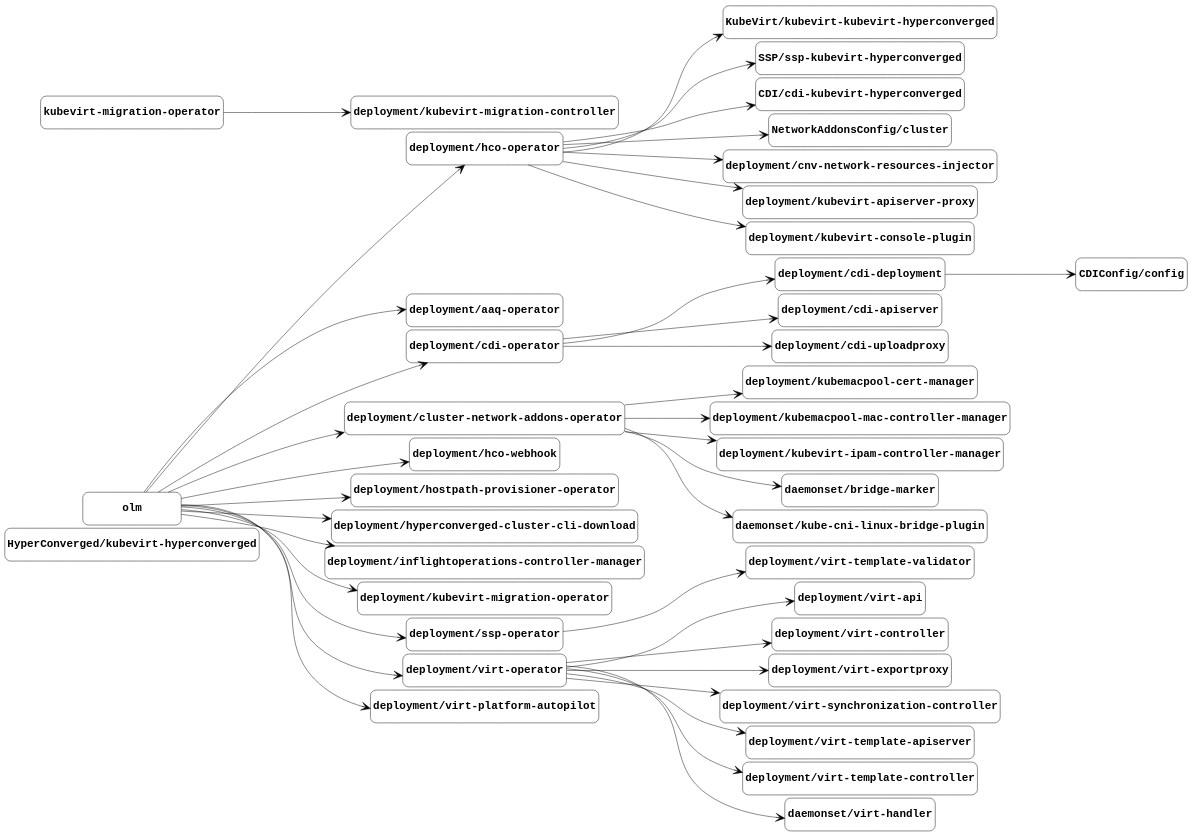
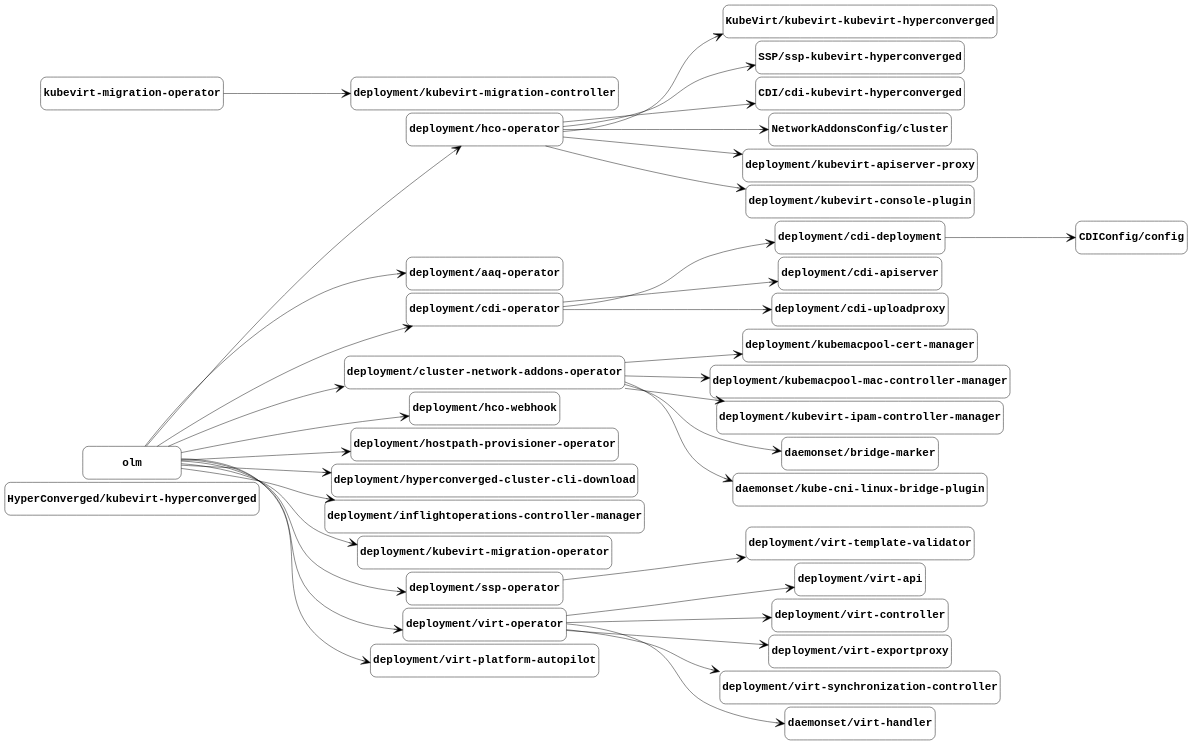
The diagram in docs/managed-by.gv (kubevirt/hyperconverged-cluster-operator), drawn with Graphviz before and after one commit. The commit also changed 3 other files, not shown here.

Commit message:
Update component graphs from the nightly job (#4395)

```diff
--- a/docs/managed-by.gv
+++ b/docs/managed-by.gv
@@ -1,117 +1,108 @@
 digraph "managed-by" {
 	graph [center=true margin=0.2 nodesep=0.1 rankdir=LR ranksep=2]
 	node [fontname="Courier-Bold" fontsize=24 height=1 shape=box style=rounded width=3]
 	edge [arrowhead=vee arrowsize=2]
 	"HyperConverged/kubevirt-hyperconverged" [label="HyperConverged/kubevirt-hyperconverged"]
 	"KubeVirt/kubevirt-kubevirt-hyperconverged" [label="KubeVirt/kubevirt-kubevirt-hyperconverged"]
 	"deployment/hco-operator" [label="deployment/hco-operator"]
 	"deployment/hco-operator" -> "KubeVirt/kubevirt-kubevirt-hyperconverged"
 	"SSP/ssp-kubevirt-hyperconverged" [label="SSP/ssp-kubevirt-hyperconverged"]
 	"deployment/hco-operator" [label="deployment/hco-operator"]
 	"deployment/hco-operator" -> "SSP/ssp-kubevirt-hyperconverged"
 	"CDI/cdi-kubevirt-hyperconverged" [label="CDI/cdi-kubevirt-hyperconverged"]
 	"deployment/hco-operator" [label="deployment/hco-operator"]
 	"deployment/hco-operator" -> "CDI/cdi-kubevirt-hyperconverged"
 	"CDIConfig/config" [label="CDIConfig/config"]
 	"deployment/cdi-deployment" [label="deployment/cdi-deployment"]
 	"deployment/cdi-deployment" -> "CDIConfig/config"
 	"NetworkAddonsConfig/cluster" [label="NetworkAddonsConfig/cluster"]
 	"deployment/hco-operator" [label="deployment/hco-operator"]
 	"deployment/hco-operator" -> "NetworkAddonsConfig/cluster"
 	"deployment/aaq-operator" [label="deployment/aaq-operator"]
 	olm [label=olm]
 	olm -> "deployment/aaq-operator"
 	"deployment/cdi-apiserver" [label="deployment/cdi-apiserver"]
 	"deployment/cdi-operator" [label="deployment/cdi-operator"]
 	"deployment/cdi-operator" -> "deployment/cdi-apiserver"
 	"deployment/cdi-deployment" [label="deployment/cdi-deployment"]
 	"deployment/cdi-operator" [label="deployment/cdi-operator"]
 	"deployment/cdi-operator" -> "deployment/cdi-deployment"
 	"deployment/cdi-operator" [label="deployment/cdi-operator"]
 	olm [label=olm]
 	olm -> "deployment/cdi-operator"
 	"deployment/cdi-uploadproxy" [label="deployment/cdi-uploadproxy"]
 	"deployment/cdi-operator" [label="deployment/cdi-operator"]
 	"deployment/cdi-operator" -> "deployment/cdi-uploadproxy"
 	"deployment/cluster-network-addons-operator" [label="deployment/cluster-network-addons-operator"]
 	olm [label=olm]
 	olm -> "deployment/cluster-network-addons-operator"
-	"deployment/cnv-network-resources-injector" [label="deployment/cnv-network-resources-injector"]
-	"deployment/hco-operator" [label="deployment/hco-operator"]
-	"deployment/hco-operator" -> "deployment/cnv-network-resources-injector"
 	"deployment/hco-operator" [label="deployment/hco-operator"]
 	olm [label=olm]
 	olm -> "deployment/hco-operator"
 	"deployment/hco-webhook" [label="deployment/hco-webhook"]
 	olm [label=olm]
 	olm -> "deployment/hco-webhook"
 	"deployment/hostpath-provisioner-operator" [label="deployment/hostpath-provisioner-operator"]
 	olm [label=olm]
 	olm -> "deployment/hostpath-provisioner-operator"
 	"deployment/hyperconverged-cluster-cli-download" [label="deployment/hyperconverged-cluster-cli-download"]
 	olm [label=olm]
 	olm -> "deployment/hyperconverged-cluster-cli-download"
 	"deployment/inflightoperations-controller-manager" [label="deployment/inflightoperations-controller-manager"]
 	olm [label=olm]
 	olm -> "deployment/inflightoperations-controller-manager"
 	"deployment/kubemacpool-cert-manager" [label="deployment/kubemacpool-cert-manager"]
 	"deployment/cluster-network-addons-operator" [label="deployment/cluster-network-addons-operator"]
 	"deployment/cluster-network-addons-operator" -> "deployment/kubemacpool-cert-manager"
 	"deployment/kubemacpool-mac-controller-manager" [label="deployment/kubemacpool-mac-controller-manager"]
 	"deployment/cluster-network-addons-operator" [label="deployment/cluster-network-addons-operator"]
 	"deployment/cluster-network-addons-operator" -> "deployment/kubemacpool-mac-controller-manager"
 	"deployment/kubevirt-apiserver-proxy" [label="deployment/kubevirt-apiserver-proxy"]
 	"deployment/hco-operator" [label="deployment/hco-operator"]
 	"deployment/hco-operator" -> "deployment/kubevirt-apiserver-proxy"
 	"deployment/kubevirt-console-plugin" [label="deployment/kubevirt-console-plugin"]
 	"deployment/hco-operator" [label="deployment/hco-operator"]
 	"deployment/hco-operator" -> "deployment/kubevirt-console-plugin"
 	"deployment/kubevirt-ipam-controller-manager" [label="deployment/kubevirt-ipam-controller-manager"]
 	"deployment/cluster-network-addons-operator" [label="deployment/cluster-network-addons-operator"]
 	"deployment/cluster-network-addons-operator" -> "deployment/kubevirt-ipam-controller-manager"
 	"deployment/kubevirt-migration-controller" [label="deployment/kubevirt-migration-controller"]
 	"kubevirt-migration-operator" [label="kubevirt-migration-operator"]
 	"kubevirt-migration-operator" -> "deployment/kubevirt-migration-controller"
 	"deployment/kubevirt-migration-operator" [label="deployment/kubevirt-migration-operator"]
 	olm [label=olm]
 	olm -> "deployment/kubevirt-migration-operator"
 	"deployment/ssp-operator" [label="deployment/ssp-operator"]
 	olm [label=olm]
 	olm -> "deployment/ssp-operator"
 	"deployment/virt-api" [label="deployment/virt-api"]
 	"deployment/virt-operator" [label="deployment/virt-operator"]
 	"deployment/virt-operator" -> "deployment/virt-api"
 	"deployment/virt-controller" [label="deployment/virt-controller"]
 	"deployment/virt-operator" [label="deployment/virt-operator"]
 	"deployment/virt-operator" -> "deployment/virt-controller"
 	"deployment/virt-exportproxy" [label="deployment/virt-exportproxy"]
 	"deployment/virt-operator" [label="deployment/virt-operator"]
 	"deployment/virt-operator" -> "deployment/virt-exportproxy"
 	"deployment/virt-operator" [label="deployment/virt-operator"]
 	olm [label=olm]
 	olm -> "deployment/virt-operator"
 	"deployment/virt-platform-autopilot" [label="deployment/virt-platform-autopilot"]
 	olm [label=olm]
 	olm -> "deployment/virt-platform-autopilot"
 	"deployment/virt-synchronization-controller" [label="deployment/virt-synchronization-controller"]
 	"deployment/virt-operator" [label="deployment/virt-operator"]
 	"deployment/virt-operator" -> "deployment/virt-synchronization-controller"
-	"deployment/virt-template-apiserver" [label="deployment/virt-template-apiserver"]
-	"deployment/virt-operator" [label="deployment/virt-operator"]
-	"deployment/virt-operator" -> "deployment/virt-template-apiserver"
-	"deployment/virt-template-controller" [label="deployment/virt-template-controller"]
-	"deployment/virt-operator" [label="deployment/virt-operator"]
-	"deployment/virt-operator" -> "deployment/virt-template-controller"
 	"deployment/virt-template-validator" [label="deployment/virt-template-validator"]
 	"deployment/ssp-operator" [label="deployment/ssp-operator"]
 	"deployment/ssp-operator" -> "deployment/virt-template-validator"
 	"daemonset/bridge-marker" [label="daemonset/bridge-marker"]
 	"deployment/cluster-network-addons-operator" [label="deployment/cluster-network-addons-operator"]
 	"deployment/cluster-network-addons-operator" -> "daemonset/bridge-marker"
 	"daemonset/kube-cni-linux-bridge-plugin" [label="daemonset/kube-cni-linux-bridge-plugin"]
 	"deployment/cluster-network-addons-operator" [label="deployment/cluster-network-addons-operator"]
 	"deployment/cluster-network-addons-operator" -> "daemonset/kube-cni-linux-bridge-plugin"
 	"daemonset/virt-handler" [label="daemonset/virt-handler"]
 	"deployment/virt-operator" [label="deployment/virt-operator"]
 	"deployment/virt-operator" -> "daemonset/virt-handler"
 }
```
